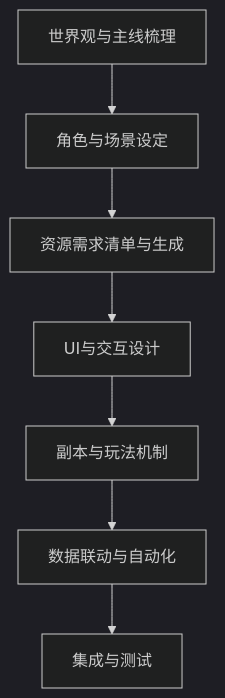
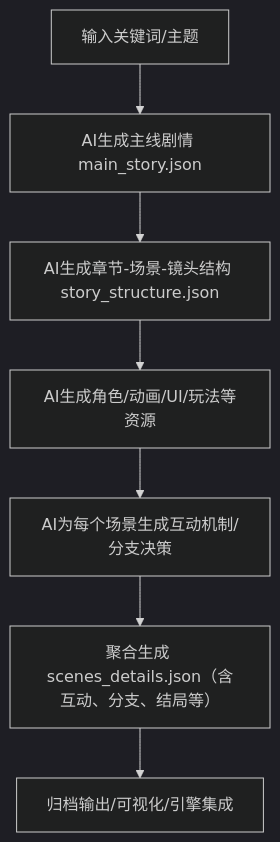
Before and after one commit to jqlong17/StoryWeaver: the first of 2 diagrams in README.md, drawn with Mermaid (dark theme). The commit also changed other lines of this file, not shown here.

Commit message:
docs: 更新数据结构关系图与设计流程图，突出互动分支聚合与AI自动化流程

````diff
--- a/README.md
+++ b/README.md
@@ -70,9 +71,9 @@
 ```mermaid
 graph TD
-  A[世界观与主线梳理] --> B[角色与场景设定]
-  B --> C[资源需求清单与生成]
-  C --> D[UI与交互设计]
-  D --> E[副本与玩法机制]
-  E --> F[数据联动与自动化]
-  F --> G[集成与测试]
+  A[输入关键词/主题] --> B[AI生成主线剧情 main_story.json]
+  B --> C[AI生成章节-场景-镜头结构 story_structure.json]
+  C --> D[AI生成角色/动画/UI/玩法等资源]
+  D --> E[AI为每个场景生成互动机制/分支决策]
+  E --> F[聚合生成 scenes_details.json（含互动、分支、结局等）]
+  F --> G[归档输出/可视化/引擎集成]
 ```
````
